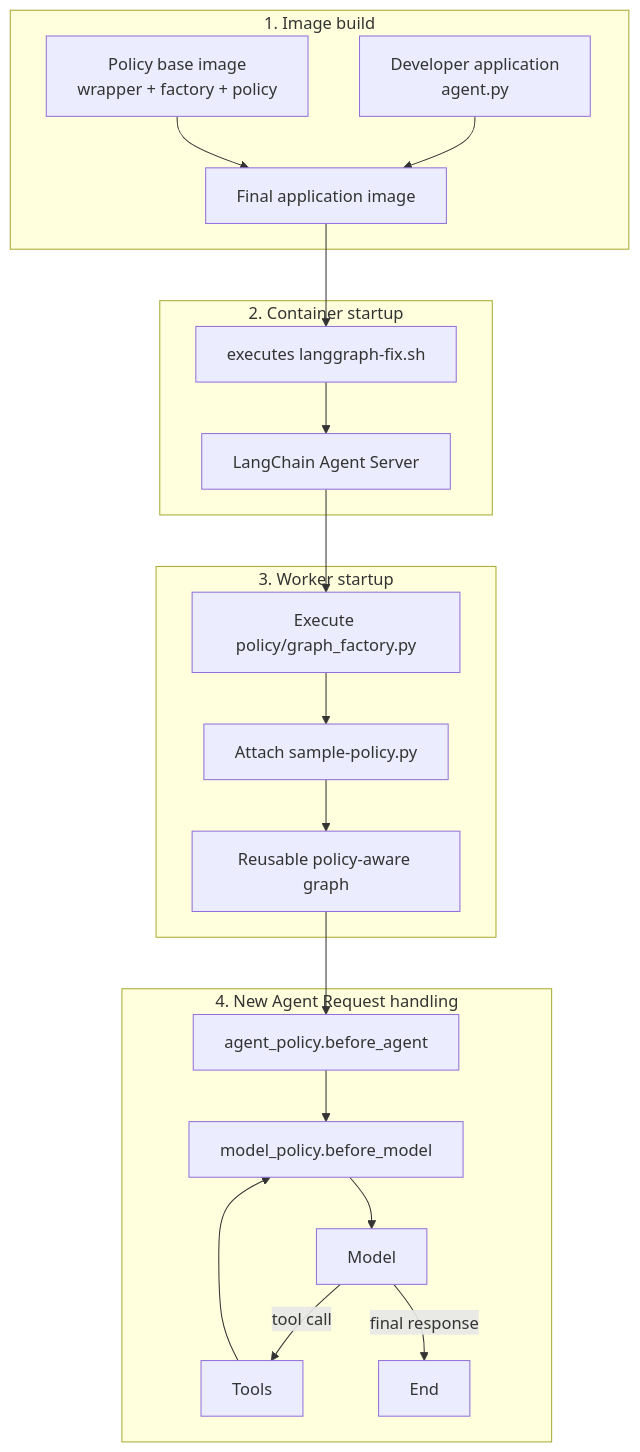
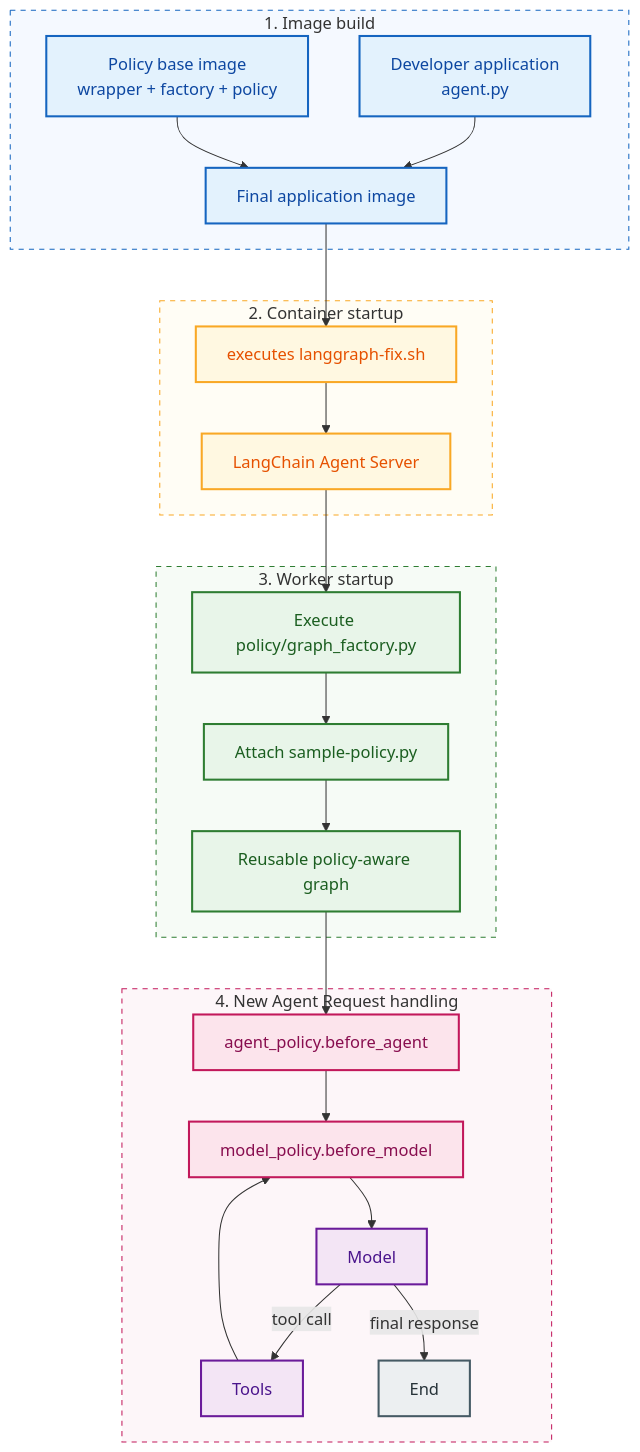
One commit to masoodfaisal/langchain-policies changed the second of 2 diagrams in README.md. Above: the diagram before and after it, drawn with Mermaid. The commit also changed other lines of this file, not shown here.

Commit message:
add color

````diff
--- a/README.md
+++ b/README.md
@@ -66,35 +76,54 @@
 ```mermaid
 flowchart TD
     subgraph build["1. Image build"]
         developer["Developer application<br/>agent.py"]
         base["Policy base image<br/>wrapper + factory + policy"]
         image["Final application image"]
         developer --> image
         base --> image
     end
 
     subgraph container["2. Container startup"]
         wrapper["executes langgraph-fix.sh"]
         server["LangChain Agent Server"]
         image --> wrapper
         wrapper --> server
     end
 
     subgraph worker["3. Worker startup"]
         factory["Execute policy/graph_factory.py"]
         policy["Attach sample-policy.py"]
         compiledGraph["Reusable policy-aware graph"]
         server --> factory --> policy --> compiledGraph
     end
 
     subgraph request["4. New Agent Request handling"]
         beforeAgent["agent_policy.before_agent"]
         beforeModel["model_policy.before_model"]
         model["Model"]
         tools["Tools"]
         done["End"]
         compiledGraph --> beforeAgent --> beforeModel --> model
         model -->|"tool call"| tools --> beforeModel
         model -->|"final response"| done
     end
+
+    classDef buildNode fill:#e3f2fd,stroke:#1565c0,stroke-width:2px,color:#0d47a1
+    classDef startupNode fill:#fff8e1,stroke:#f9a825,stroke-width:2px,color:#e65100
+    classDef workerNode fill:#e8f5e9,stroke:#2e7d32,stroke-width:2px,color:#1b5e20
+    classDef policyNode fill:#fce4ec,stroke:#c2185b,stroke-width:2px,color:#880e4f
+    classDef modelNode fill:#f3e5f5,stroke:#6a1b9a,stroke-width:2px,color:#4a148c
+    classDef endNode fill:#eceff1,stroke:#455a64,stroke-width:2px,color:#263238
+
+    class developer,base,image buildNode
+    class wrapper,server startupNode
+    class factory,policy,compiledGraph workerNode
+    class beforeAgent,beforeModel policyNode
+    class model,tools modelNode
+    class done endNode
+
+    style build fill:#f5f9ff,stroke:#1565c0,stroke-dasharray:5 5
+    style container fill:#fffdf5,stroke:#f9a825,stroke-dasharray:5 5
+    style worker fill:#f6fbf6,stroke:#2e7d32,stroke-dasharray:5 5
+    style request fill:#fdf6f9,stroke:#c2185b,stroke-dasharray:5 5
 ```
````
